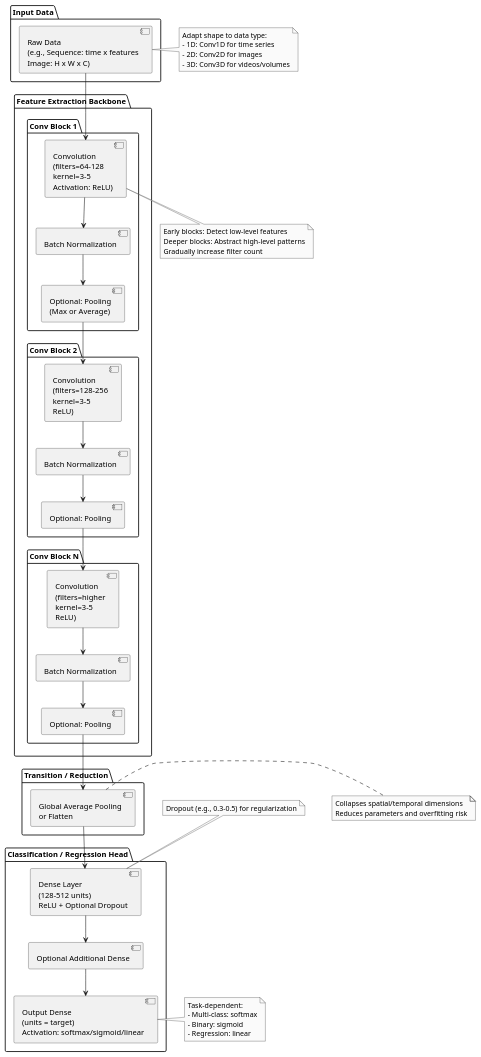
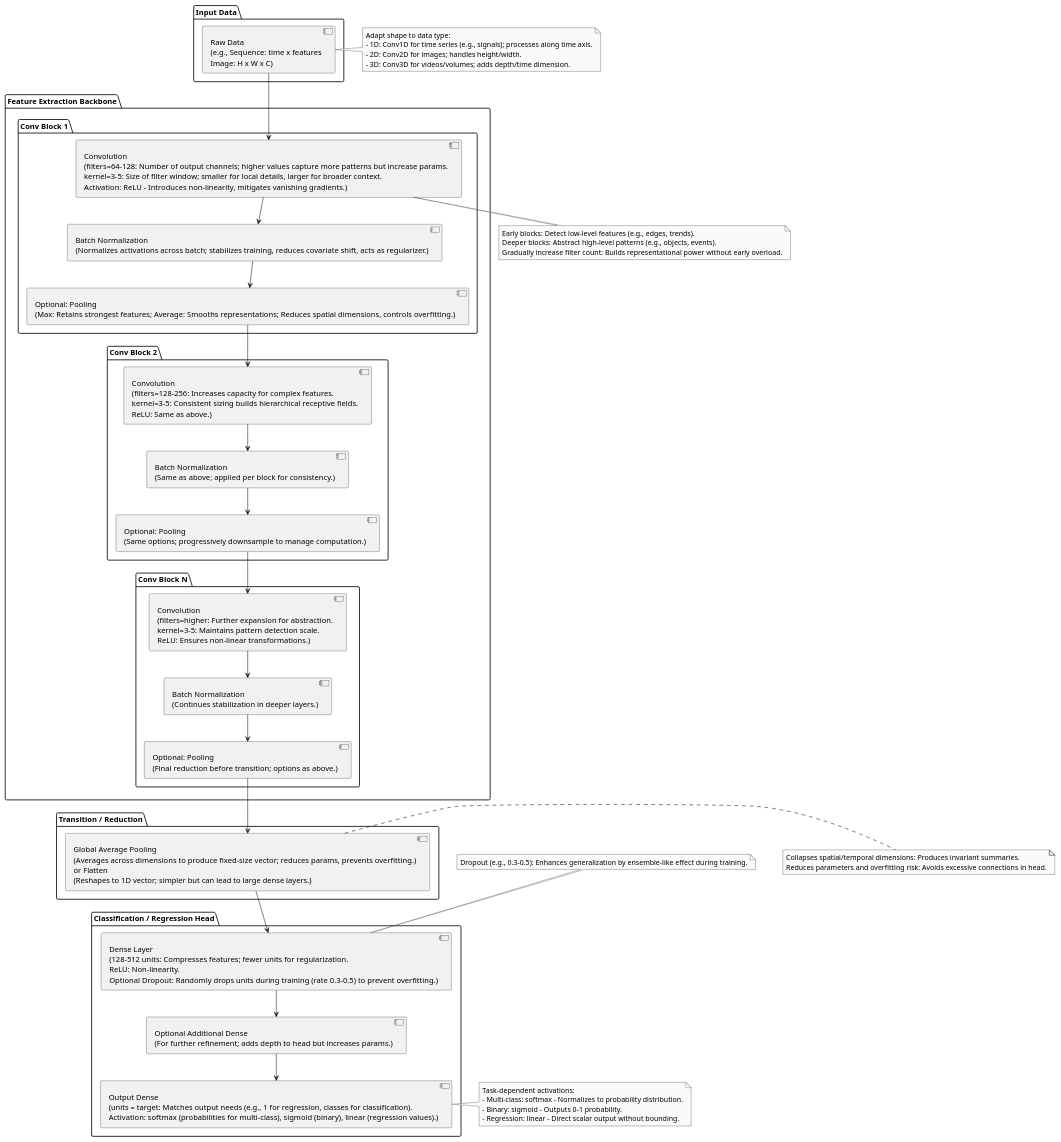
One commit to Dereklee0312/omg_challenge2018_submission_code changed the diagram in ml-learn/cnn-infra.puml. Above: the diagram before and after it, drawn with PlantUML. The commit also changed 2 other files, not shown here.

Commit message:
more learning resources

```diff
--- a/ml-learn/cnn-infra.puml
+++ b/ml-learn/cnn-infra.puml
@@ -1,88 +1,88 @@
 @startuml
 skinparam monochrome true
 skinparam shadowing false
 skinparam nodesep 50
 skinparam ranksep 50
 
 package "Input Data" {
   [Raw Data\n(e.g., Sequence: time x features\nImage: H x W x C)] as Input
 }
 
 package "Feature Extraction Backbone" {
 
   package "Conv Block 1" {
-    [Convolution\n(filters=64-128\nkernel=3-5\nActivation: ReLU)] as Conv1
-    [Batch Normalization] as BN1
-    [Optional: Pooling\n(Max or Average)] as Pool1
+    [Convolution\n(filters=64-128: Number of output channels; higher values capture more patterns but increase params.\nkernel=3-5: Size of filter window; smaller for local details, larger for broader context.\nActivation: ReLU - Introduces non-linearity, mitigates vanishing gradients.)] as Conv1
+    [Batch Normalization\n(Normalizes activations across batch; stabilizes training, reduces covariate shift, acts as regularizer.)] as BN1
+    [Optional: Pooling\n(Max: Retains strongest features; Average: Smooths representations; Reduces spatial dimensions, controls overfitting.)] as Pool1
   }
 
   package "Conv Block 2" {
-    [Convolution\n(filters=128-256\nkernel=3-5\nReLU)] as Conv2
-    [Batch Normalization] as BN2
-    [Optional: Pooling] as Pool2
+    [Convolution\n(filters=128-256: Increases capacity for complex features.\nkernel=3-5: Consistent sizing builds hierarchical receptive fields.\nReLU: Same as above.)] as Conv2
+    [Batch Normalization\n(Same as above; applied per block for consistency.)] as BN2
+    [Optional: Pooling\n(Same options; progressively downsample to manage computation.)] as Pool2
   }
 
   package "Conv Block N" {
-    [Convolution\n(filters=higher\nkernel=3-5\nReLU)] as ConvN
-    [Batch Normalization] as BNN
-    [Optional: Pooling] as PoolN
+    [Convolution\n(filters=higher: Further expansion for abstraction.\nkernel=3-5: Maintains pattern detection scale.\nReLU: Ensures non-linear transformations.)] as ConvN
+    [Batch Normalization\n(Continues stabilization in deeper layers.)] as BNN
+    [Optional: Pooling\n(Final reduction before transition; options as above.)] as PoolN
   }
 }
 
 package "Transition / Reduction" {
-  [Global Average Pooling\nor Flatten] as GAP
+  [Global Average Pooling\n(Averages across dimensions to produce fixed-size vector; reduces params, prevents overfitting.)\nor Flatten\n(Reshapes to 1D vector; simpler but can lead to large dense layers.)] as GAP
 }
 
 package "Classification / Regression Head" {
 
-  [Dense Layer\n(128-512 units)\nReLU + Optional Dropout] as Dense1
+  [Dense Layer\n(128-512 units: Compresses features; fewer units for regularization.\nReLU: Non-linearity.\nOptional Dropout: Randomly drops units during training (rate 0.3-0.5) to prevent overfitting.)] as Dense1
 
-  [Optional Additional Dense] as DenseExtra
+  [Optional Additional Dense\n(For further refinement; adds depth to head but increases params.)] as DenseExtra
 
-  [Output Dense\n(units = target)\nActivation: softmax/sigmoid/linear] as Output
+  [Output Dense\n(units = target: Matches output needs (e.g., 1 for regression, classes for classification).\nActivation: softmax (probabilities for multi-class), sigmoid (binary), linear (regression values).)] as Output
 }
 
 Input --> Conv1
 Conv1 --> BN1
 BN1 --> Pool1
 Pool1 --> Conv2
 Conv2 --> BN2
 BN2 --> Pool2
 Pool2 --> ConvN
 ConvN --> BNN
 BNN --> PoolN
 PoolN --> GAP
 GAP --> Dense1
 Dense1 --> DenseExtra
 DenseExtra --> Output
 
 note right of Input
   Adapt shape to data type:
-  - 1D: Conv1D for time series
-  - 2D: Conv2D for images
-  - 3D: Conv3D for videos/volumes
+  - 1D: Conv1D for time series (e.g., signals); processes along time axis.
+  - 2D: Conv2D for images; handles height/width.
+  - 3D: Conv3D for videos/volumes; adds depth/time dimension.
 end note
 
 note bottom of Conv1
-  Early blocks: Detect low-level features
-  Deeper blocks: Abstract high-level patterns
-  Gradually increase filter count
+  Early blocks: Detect low-level features (e.g., edges, trends).
+  Deeper blocks: Abstract high-level patterns (e.g., objects, events).
+  Gradually increase filter count: Builds representational power without early overload.
 end note
 
 note right of GAP
-  Collapses spatial/temporal dimensions
-  Reduces parameters and overfitting risk
+  Collapses spatial/temporal dimensions: Produces invariant summaries.
+  Reduces parameters and overfitting risk: Avoids excessive connections in head.
 end note
 
 note right of Output
-  Task-dependent:
-  - Multi-class: softmax
-  - Binary: sigmoid
-  - Regression: linear
+  Task-dependent activations:
+  - Multi-class: softmax - Normalizes to probability distribution.
+  - Binary: sigmoid - Outputs 0-1 probability.
+  - Regression: linear - Direct scalar output without bounding.
 end note
 
 note top of Dense1
-  Dropout (e.g., 0.3-0.5) for regularization
+  Dropout (e.g., 0.3-0.5): Enhances generalization by ensemble-like effect during training.
 end note
 
 @enduml
```
